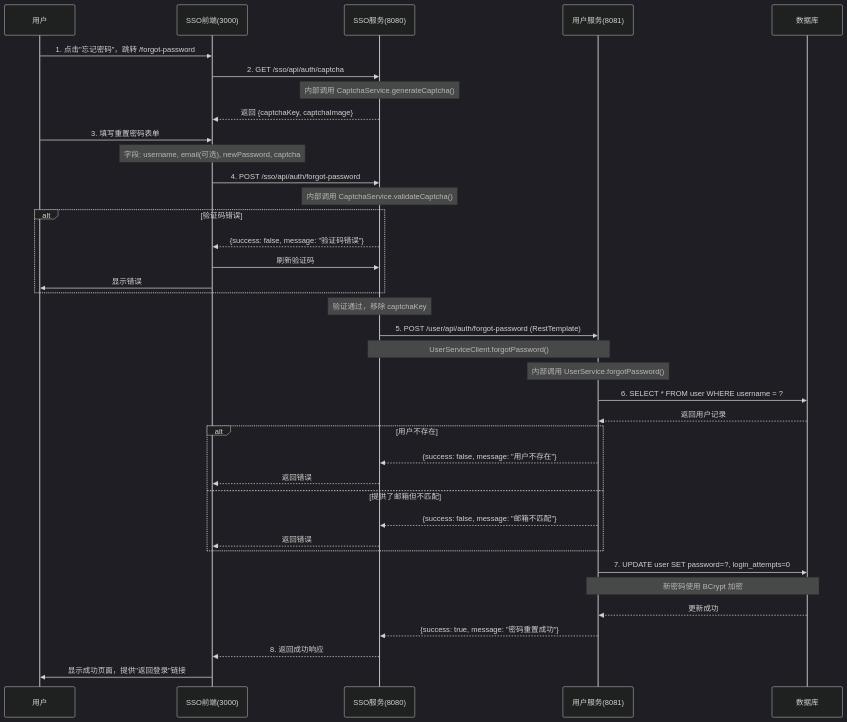
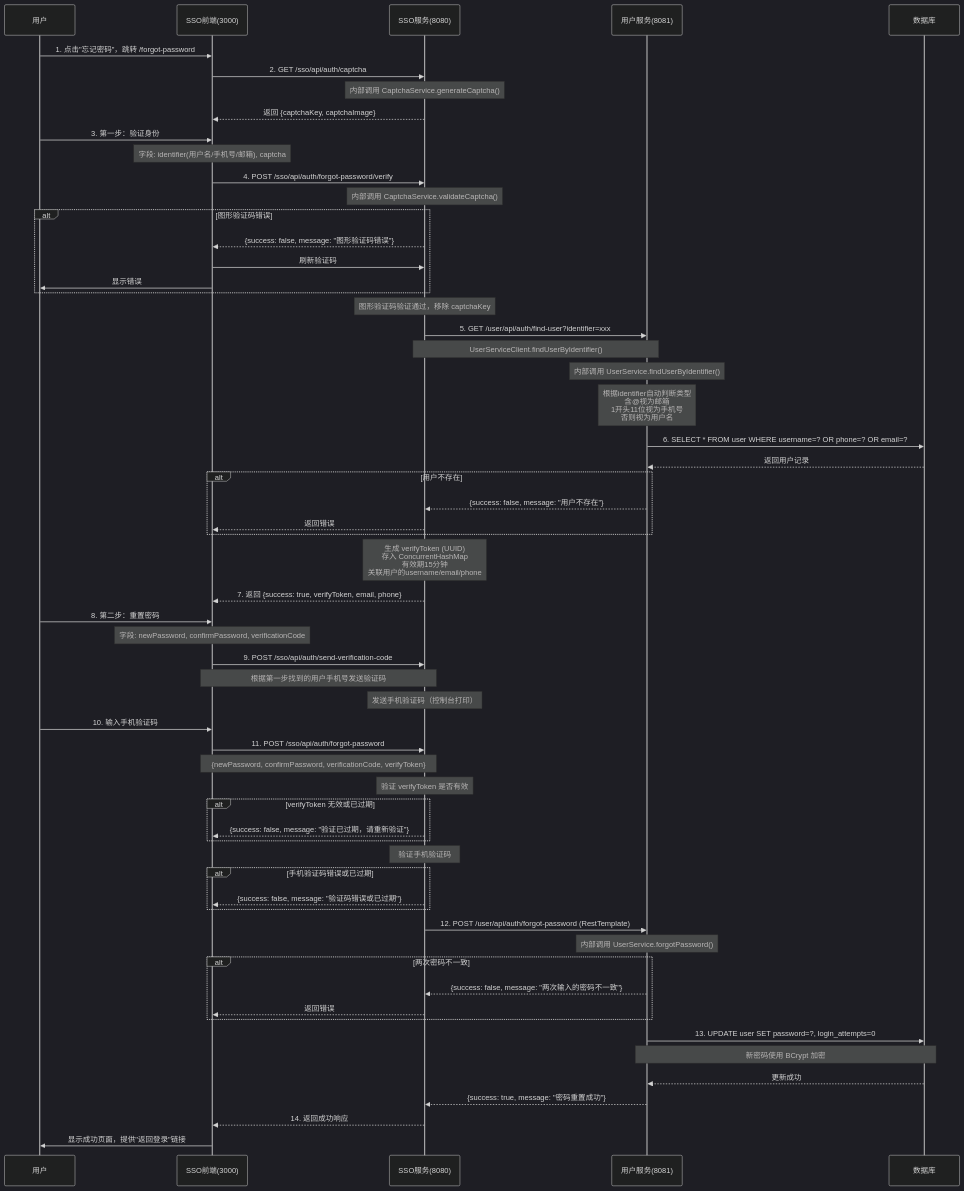
One commit to wb31105/zqzl-traecn changed the third of 11 diagrams in BUSINESS_FLOW.md. Above: the diagram before and after it, drawn with Mermaid (dark theme). The commit also changed other lines of this file and 16 other files, not shown here.

````diff
--- a/BUSINESS_FLOW.md
+++ b/BUSINESS_FLOW.md
@@ -223,41 +237,75 @@
     Note over SSO_Server: 内部调用 CaptchaService.generateCaptcha()
     SSO_Server-->>SSO_Web: 返回 {captchaKey, captchaImage}
     
-    User->>SSO_Web: 3. 填写重置密码表单
-    Note over SSO_Web: 字段: username, email(可选), newPassword, captcha
+    User->>SSO_Web: 3. 第一步：验证身份
+    Note over SSO_Web: 字段: identifier(用户名/手机号/邮箱), captcha
     
-    SSO_Web->>SSO_Server: 4. POST /sso/api/auth/forgot-password
+    SSO_Web->>SSO_Server: 4. POST /sso/api/auth/forgot-password/verify
     
     Note over SSO_Server: 内部调用 CaptchaService.validateCaptcha()
-    alt 验证码错误
-        SSO_Server-->>SSO_Web: {success: false, message: "验证码错误"}
+    alt 图形验证码错误
+        SSO_Server-->>SSO_Web: {success: false, message: "图形验证码错误"}
         SSO_Web->>SSO_Server: 刷新验证码
         SSO_Web->>User: 显示错误
     end
     
-    Note over SSO_Server: 验证通过，移除 captchaKey
+    Note over SSO_Server: 图形验证码验证通过，移除 captchaKey
     
-    SSO_Server->>User_Server: 5. POST /user/api/auth/forgot-password (RestTemplate)
-    Note over SSO_Server,User_Server: UserServiceClient.forgotPassword()
+    SSO_Server->>User_Server: 5. GET /user/api/auth/find-user?identifier=xxx
+    Note over SSO_Server,User_Server: UserServiceClient.findUserByIdentifier()
     
-    Note over User_Server: 内部调用 UserService.forgotPassword()
+    Note over User_Server: 内部调用 UserService.findUserByIdentifier()
+    Note over User_Server: 根据identifier自动判断类型<br>含@视为邮箱<br>1开头11位视为手机号<br>否则视为用户名
     
-    User_Server->>DB: 6. SELECT * FROM user WHERE username = ?
+    User_Server->>DB: 6. SELECT * FROM user WHERE username=? OR phone=? OR email=?
     DB-->>User_Server: 返回用户记录
     
     alt 用户不存在
         User_Server-->>SSO_Server: {success: false, message: "用户不存在"}
         SSO_Server-->>SSO_Web: 返回错误
-    else 提供了邮箱但不匹配
-        User_Server-->>SSO_Server: {success: false, message: "邮箱不匹配"}
+    end
+    
+    Note over SSO_Server: 生成 verifyToken (UUID)<br>存入 ConcurrentHashMap<br>有效期15分钟<br>关联用户的username/email/phone
+    
+    SSO_Server-->>SSO_Web: 7. 返回 {success: true, verifyToken, email, phone}
+    
+    User->>SSO_Web: 8. 第二步：重置密码
+    Note over SSO_Web: 字段: newPassword, confirmPassword, verificationCode
+    
+    SSO_Web->>SSO_Server: 9. POST /sso/api/auth/send-verification-code
+    Note over SSO_Web,SSO_Server: 根据第一步找到的用户手机号发送验证码
+    
+    Note over SSO_Server: 发送手机验证码（控制台打印）
+    
+    User->>SSO_Web: 10. 输入手机验证码
+    
+    SSO_Web->>SSO_Server: 11. POST /sso/api/auth/forgot-password
+    Note over SSO_Web,SSO_Server: {newPassword, confirmPassword, verificationCode, verifyToken}
+    
+    Note over SSO_Server: 验证 verifyToken 是否有效
+    alt verifyToken 无效或已过期
+        SSO_Server-->>SSO_Web: {success: false, message: "验证已过期，请重新验证"}
+    end
+    
+    Note over SSO_Server: 验证手机验证码
+    alt 手机验证码错误或已过期
+        SSO_Server-->>SSO_Web: {success: false, message: "验证码错误或已过期"}
+    end
+    
+    SSO_Server->>User_Server: 12. POST /user/api/auth/forgot-password (RestTemplate)
+    
+    Note over User_Server: 内部调用 UserService.forgotPassword()
+    
+    alt 两次密码不一致
+        User_Server-->>SSO_Server: {success: false, message: "两次输入的密码不一致"}
         SSO_Server-->>SSO_Web: 返回错误
     end
     
-    User_Server->>DB: 7. UPDATE user SET password=?, login_attempts=0
+    User_Server->>DB: 13. UPDATE user SET password=?, login_attempts=0
     Note over User_Server,DB: 新密码使用 BCrypt 加密
     
     DB-->>User_Server: 更新成功
     User_Server-->>SSO_Server: {success: true, message: "密码重置成功"}
-    SSO_Server-->>SSO_Web: 8. 返回成功响应
+    SSO_Server-->>SSO_Web: 14. 返回成功响应
     SSO_Web->>User: 显示成功页面，提供"返回登录"链接
 ```
````
